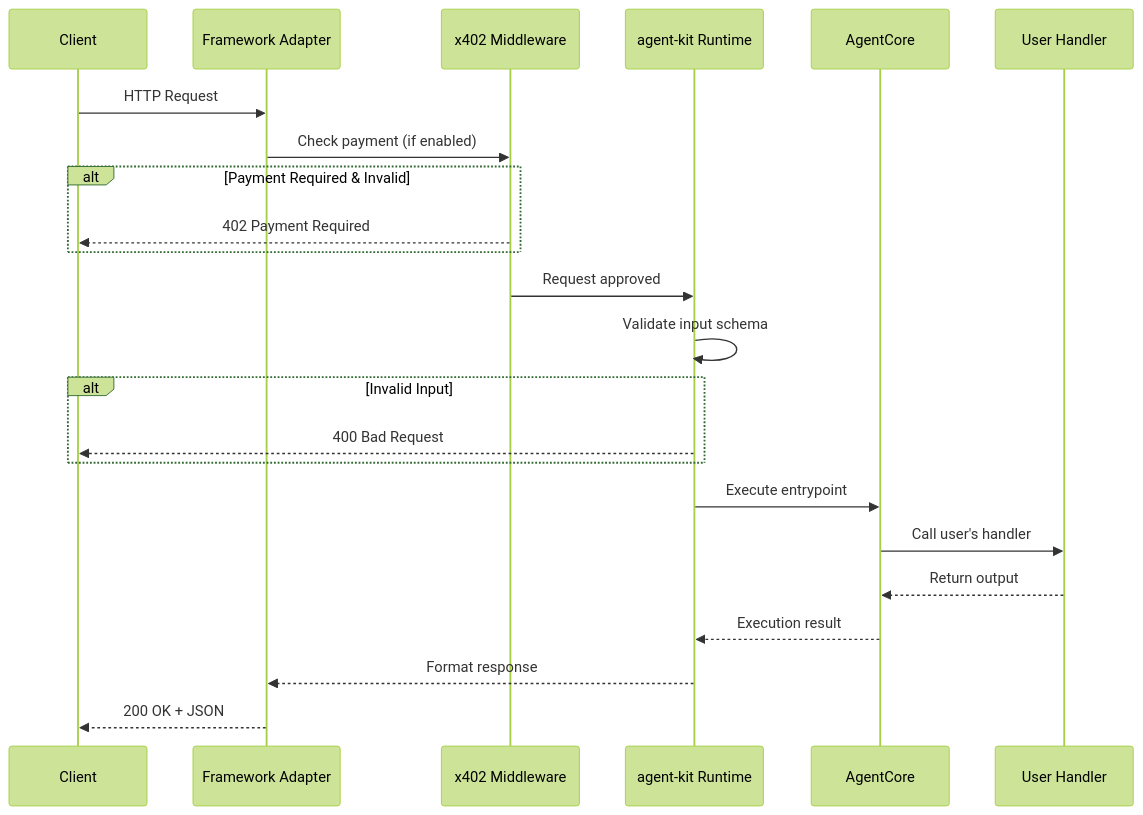
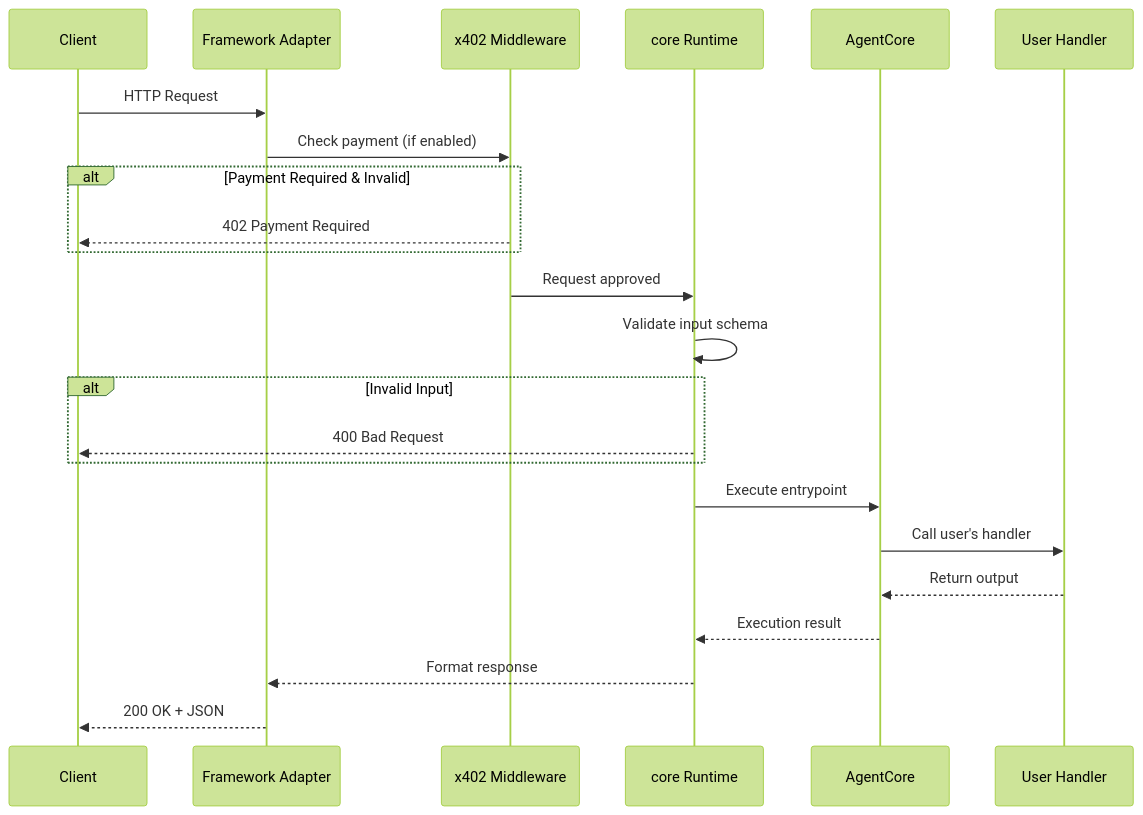
One commit to daydreamsai/lucid-agents changed the fourth of 8 diagrams in docs/ARCHITECTURE.md. Above: the diagram before and after it, drawn with Mermaid (forest theme). The commit also changed other lines of this file and 28 other files, not shown here.

````diff
--- a/docs/ARCHITECTURE.md
+++ b/docs/ARCHITECTURE.md
@@ -414,30 +414,30 @@
 ```mermaid
 sequenceDiagram
     participant Client
     participant Adapter as Framework Adapter
     participant Paywall as x402 Middleware
-    participant Runtime as agent-kit Runtime
+    participant Runtime as core Runtime
     participant Core as AgentCore
     participant Handler as User Handler
 
     Client->>Adapter: HTTP Request
     Adapter->>Paywall: Check payment (if enabled)
 
     alt Payment Required & Invalid
         Paywall-->>Client: 402 Payment Required
     end
 
     Paywall->>Runtime: Request approved
     Runtime->>Runtime: Validate input schema
 
     alt Invalid Input
         Runtime-->>Client: 400 Bad Request
     end
 
     Runtime->>Core: Execute entrypoint
     Core->>Handler: Call user's handler
     Handler-->>Core: Return output
     Core-->>Runtime: Execution result
     Runtime-->>Adapter: Format response
     Adapter-->>Client: 200 OK + JSON
 ```
````
